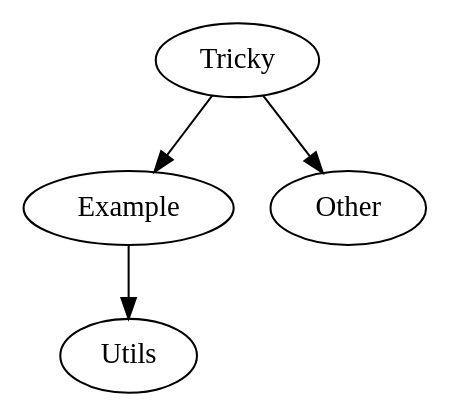
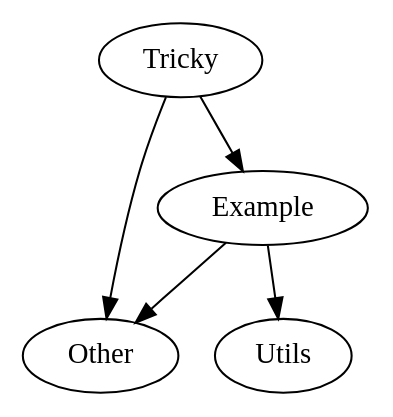
The diagram in graph.dot (Zebzab7/programanalysis), drawn with Graphviz before and after one commit. The commit also changed 1 other file, not shown here.

```diff
--- a/graph.dot
+++ b/graph.dot
@@ -1,5 +1,6 @@
 digraph G {
+Example -> Other
 Example -> Utils
+Tricky -> Example
 Tricky -> Other
-Tricky -> Example
 }
```
